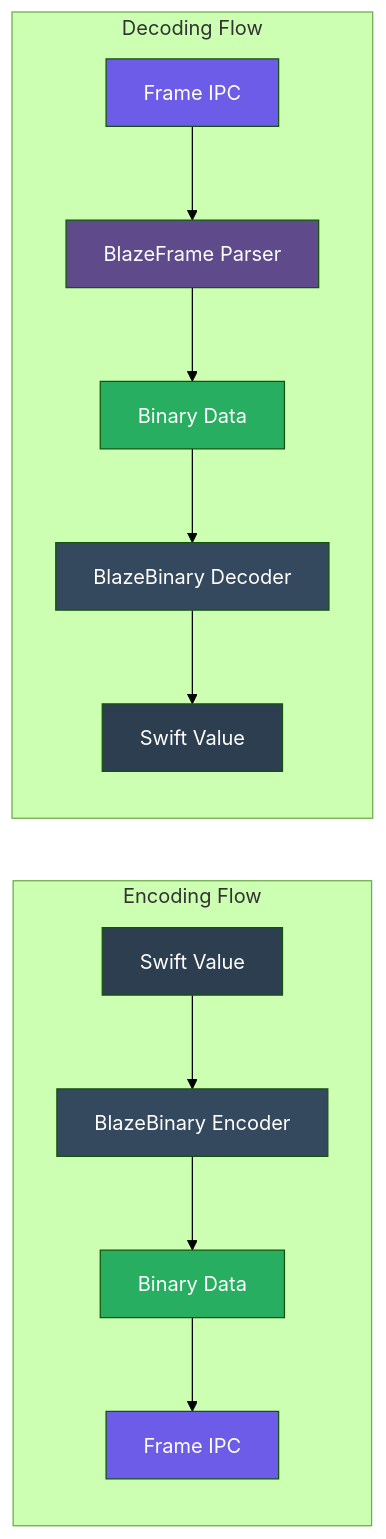
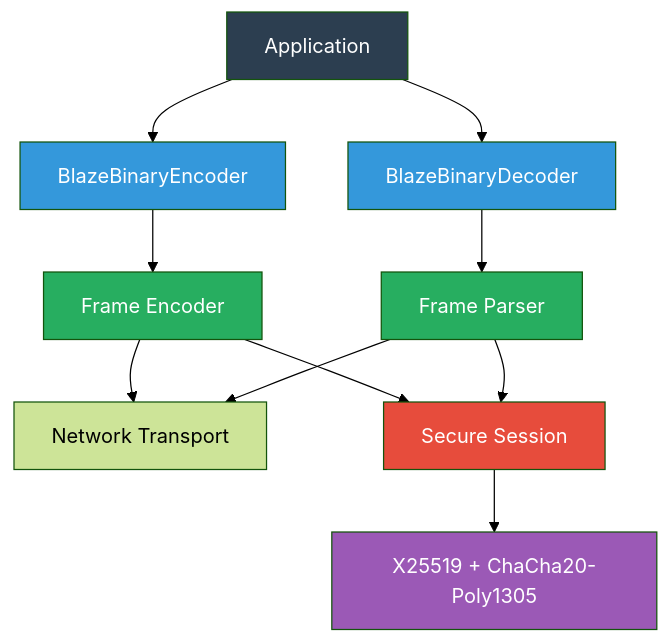
The diagram in README.md (Mikedan37/BlazeBinary), drawn with Mermaid (forest theme) before and after one commit. The commit also changed other lines of this file and 107 other files, not shown here.

````diff
--- a/README.md
+++ b/README.md
@@ -1053,25 +102,20 @@
 ```mermaid
-graph LR
-    subgraph Encode["Encoding Flow"]
-        SwiftVal1[Swift Value] --> Encoder1[BlazeBinary Encoder]
-        Encoder1 --> Binary1[Binary Data]
-        Binary1 --> Frame1[Frame IPC]
-    end
+graph TB
+    A[Application] --> B[BlazeBinaryEncoder]
+    A --> C[BlazeBinaryDecoder]
+    B --> D[Frame Encoder]
+    C --> E[Frame Parser]
+    D --> F[Network Transport]
+    E --> F
+    D --> G[Secure Session]
+    E --> G
+    G --> H[X25519 + ChaCha20-Poly1305]
     
-    subgraph Decode["Decoding Flow"]
-        Frame2[Frame IPC] --> Parser[BlazeFrame Parser]
-        Parser --> Binary2[Binary Data]
-        Binary2 --> Decoder[BlazeBinary Decoder]
-        Decoder --> SwiftVal2[Swift Value]
-    end
-    
-    style SwiftVal1 fill:#2c3e50,color:#ffffff
-    style SwiftVal2 fill:#2c3e50,color:#ffffff
-    style Encoder1 fill:#34495e,color:#ffffff
-    style Decoder fill:#34495e,color:#ffffff
-    style Binary1 fill:#27ae60,color:#ffffff
-    style Binary2 fill:#27ae60,color:#ffffff
-    style Frame1 fill:#6c5ce7,color:#ffffff
-    style Frame2 fill:#6c5ce7,color:#ffffff
-    style Parser fill:#5f4b8b,color:#ffffff
+    style A fill:#2c3e50,color:#fff
+    style B fill:#3498db,color:#fff
+    style C fill:#3498db,color:#fff
+    style D fill:#27ae60,color:#fff
+    style E fill:#27ae60,color:#fff
+    style G fill:#e74c3c,color:#fff
+    style H fill:#9b59b6,color:#fff
 ```
````
